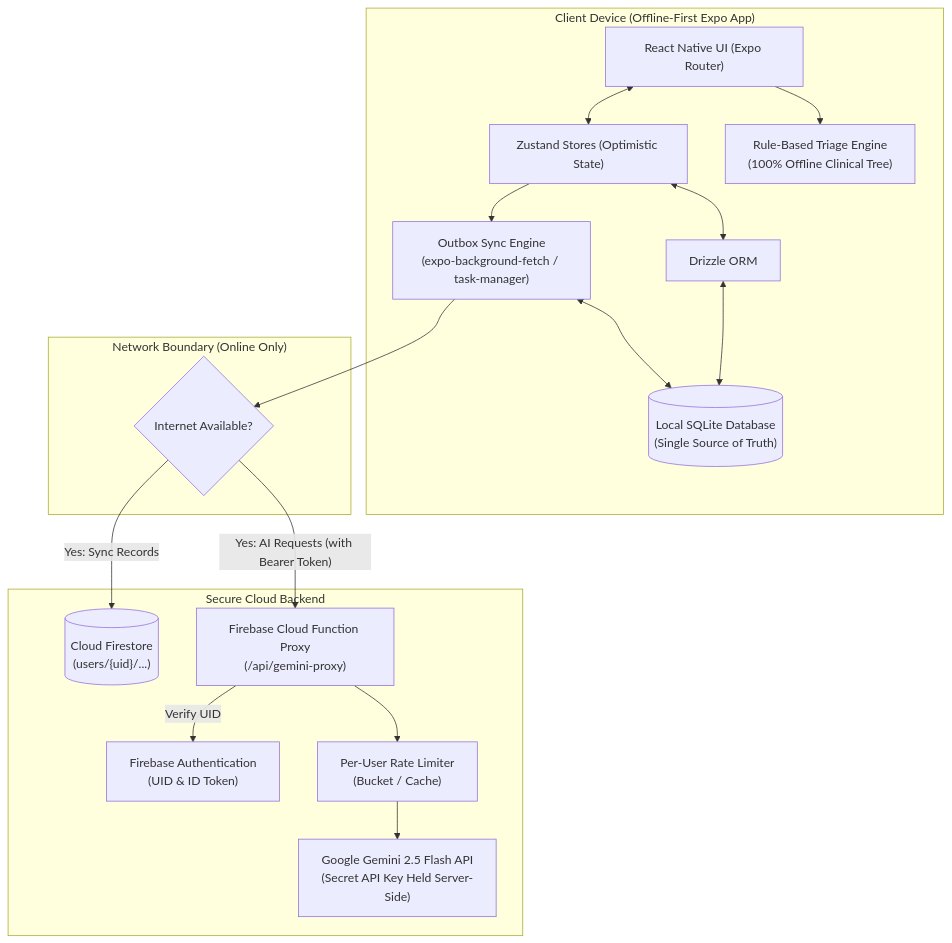
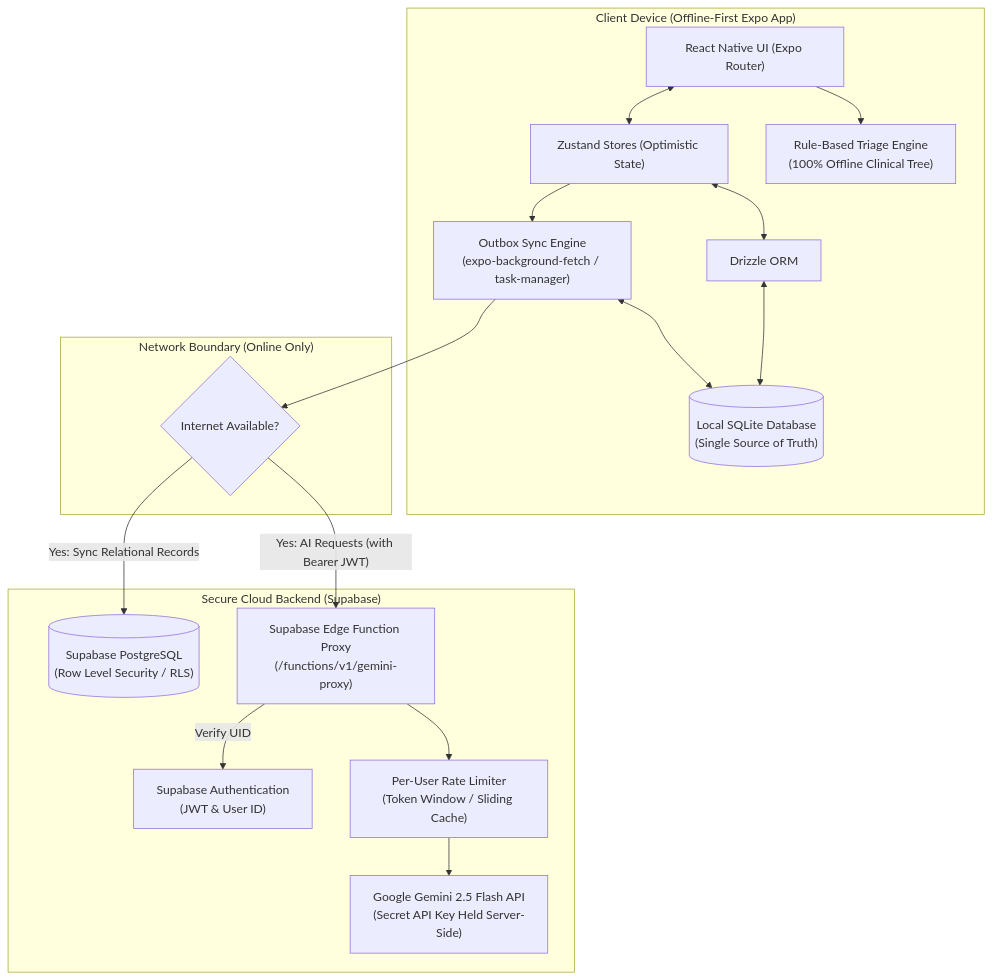
The first of 2 diagrams in docs/architecture.md (Shikharyadav25/Medi-Bud), drawn with Mermaid before and after one commit. The commit also changed other lines of this file and 41 other files, not shown here.

````diff
--- a/docs/architecture.md
+++ b/docs/architecture.md
@@ -9,38 +9,38 @@
 ```mermaid
 flowchart TD
     subgraph Client ["Client Device (Offline-First Expo App)"]
         UI["React Native UI (Expo Router)"]
         Store["Zustand Stores (Optimistic State)"]
         Drizzle["Drizzle ORM"]
         SQLite[("Local SQLite Database\n(Single Source of Truth)")]
         LocalTriage["Rule-Based Triage Engine\n(100% Offline Clinical Tree)"]
         OutboxWorker["Outbox Sync Engine\n(expo-background-fetch / task-manager)"]
 
         UI <--> Store
         UI --> LocalTriage
         Store <--> Drizzle
         Drizzle <--> SQLite
         Store --> OutboxWorker
         OutboxWorker <--> SQLite
     end
 
     subgraph Network ["Network Boundary (Online Only)"]
         Internet{"Internet Available?"}
     end
 
-    subgraph Cloud ["Secure Cloud Backend"]
-        Auth["Firebase Authentication\n(UID & ID Token)"]
-        Firestore[("Cloud Firestore\n(users/{uid}/...)")]
-        CloudFunction["Firebase Cloud Function Proxy\n(/api/gemini-proxy)"]
-        RateLimiter["Per-User Rate Limiter\n(Bucket / Cache)"]
+    subgraph Cloud ["Secure Cloud Backend (Supabase)"]
+        Auth["Supabase Authentication\n(JWT & User ID)"]
+        Postgres[("Supabase PostgreSQL\n(Row Level Security / RLS)")]
+        EdgeFunction["Supabase Edge Function Proxy\n(/functions/v1/gemini-proxy)"]
+        RateLimiter["Per-User Rate Limiter\n(Token Window / Sliding Cache)"]
         Gemini["Google Gemini 2.5 Flash API\n(Secret API Key Held Server-Side)"]
 
-        CloudFunction --> RateLimiter
+        EdgeFunction --> RateLimiter
         RateLimiter --> Gemini
     end
 
     OutboxWorker --> Internet
-    Internet -- "Yes: Sync Records" --> Firestore
-    Internet -- "Yes: AI Requests (with Bearer Token)" --> CloudFunction
-    CloudFunction -- "Verify UID" --> Auth
+    Internet -- "Yes: Sync Relational Records" --> Postgres
+    Internet -- "Yes: AI Requests (with Bearer JWT)" --> EdgeFunction
+    EdgeFunction -- "Verify UID" --> Auth
 ```
````
